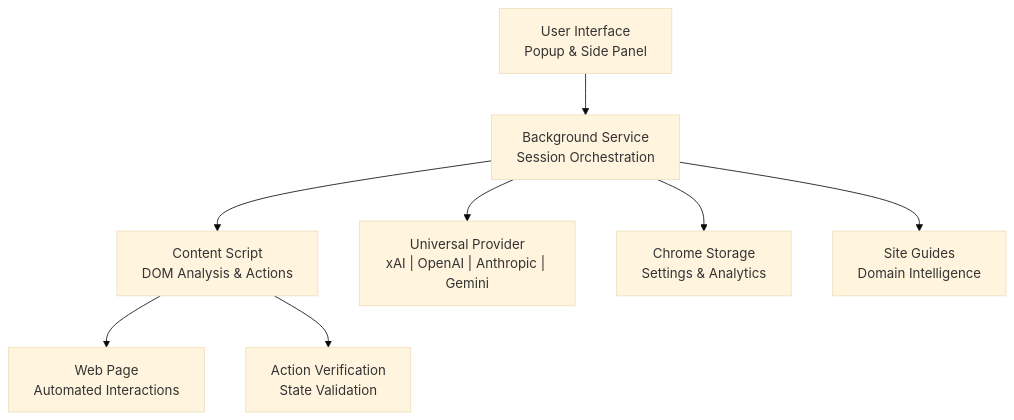
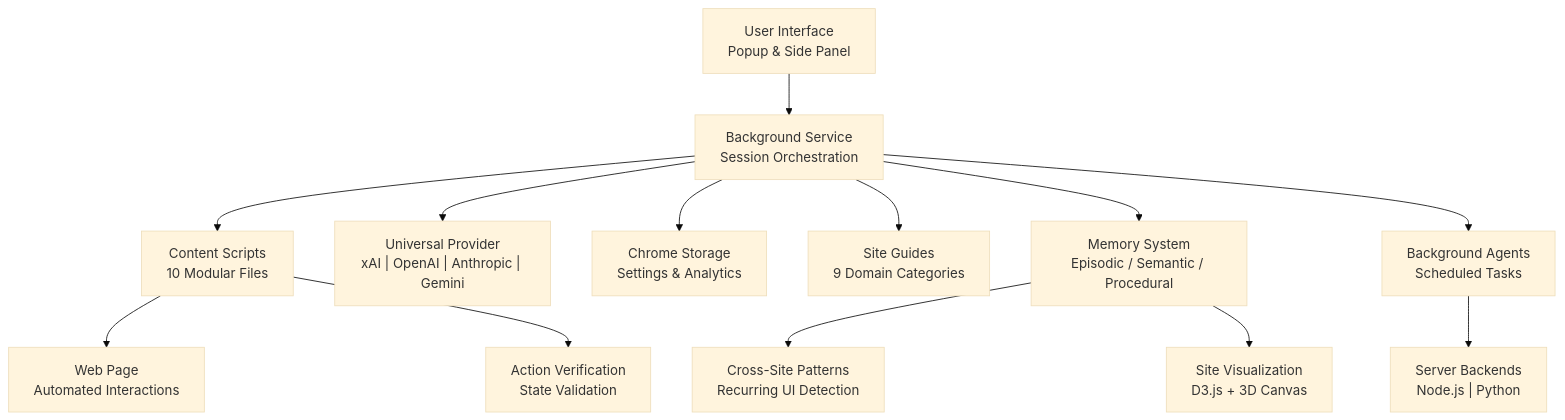
Before and after one commit to LakshmanTurlapati/FSB: the diagram in README.md, drawn with Mermaid (base theme). The commit also changed other lines of this file, not shown here.

````diff
--- a/README.md
+++ b/README.md
@@ -113,10 +120,15 @@
 ```mermaid
 graph TD
     A[User Interface<br/>Popup & Side Panel] --> B[Background Service<br/>Session Orchestration]
-    B --> C[Content Script<br/>DOM Analysis & Actions]
+    B --> C[Content Scripts<br/>10 Modular Files]
     C --> D[Web Page<br/>Automated Interactions]
     B --> E["Universal Provider<br/>xAI | OpenAI | Anthropic | Gemini"]
     B --> F[Chrome Storage<br/>Settings & Analytics]
-    B --> G[Site Guides<br/>Domain Intelligence]
+    B --> G[Site Guides<br/>9 Domain Categories]
     C --> H[Action Verification<br/>State Validation]
+    B --> I[Memory System<br/>Episodic / Semantic / Procedural]
+    I --> J[Cross-Site Patterns<br/>Recurring UI Detection]
+    I --> K[Site Visualization<br/>D3.js + 3D Canvas]
+    B --> L[Background Agents<br/>Scheduled Tasks]
+    L --> M["Server Backends<br/>Node.js | Python"]
 ```
````
